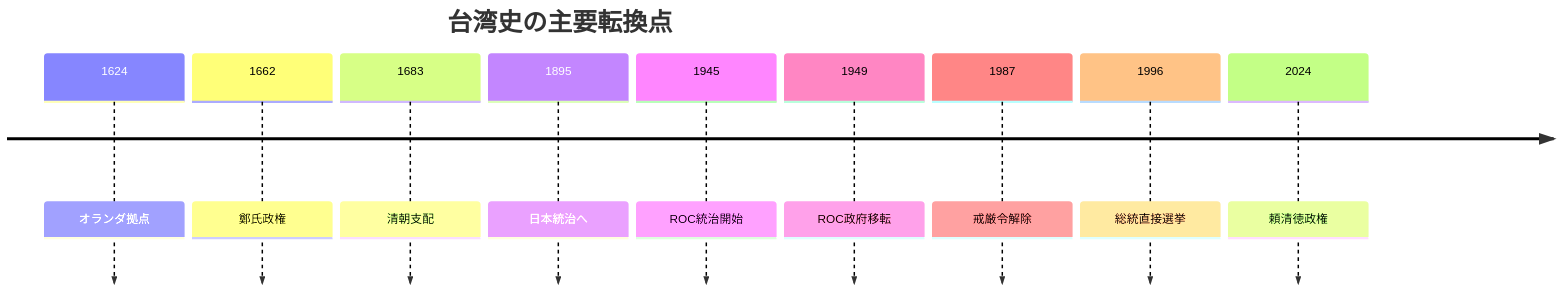
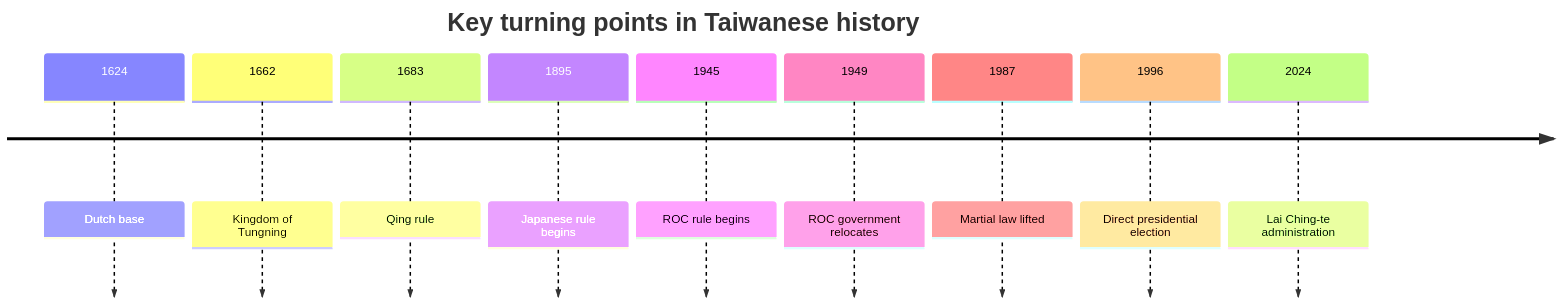
One commit to daylight55/research changed the first of 2 diagrams in content/blog/en/taiwan-history-cross-strait.mdx. Above: the diagram before and after it, drawn with Mermaid. The commit also changed other lines of this file and 26 other files, not shown here.

Commit message:
Translate English Mermaid labels

````diff
--- a/content/blog/en/taiwan-history-cross-strait.mdx
+++ b/content/blog/en/taiwan-history-cross-strait.mdx
@@ -25,13 +25,13 @@
 ```mermaid
 timeline
-    title 台湾史の主要転換点
-    1624 : オランダ拠点
-    1662 : 鄭氏政権
-    1683 : 清朝支配
-    1895 : 日本統治へ
-    1945 : ROC統治開始
-    1949 : ROC政府移転
-    1987 : 戒厳令解除
-    1996 : 総統直接選挙
-    2024 : 頼清徳政権
+    title Key turning points in Taiwanese history
+    1624 : Dutch base
+    1662 : Kingdom of Tungning
+    1683 : Qing rule
+    1895 : Japanese rule begins
+    1945 : ROC rule begins
+    1949 : ROC government relocates
+    1987 : Martial law lifted
+    1996 : Direct presidential election
+    2024 : Lai Ching-te administration
 ```
````
